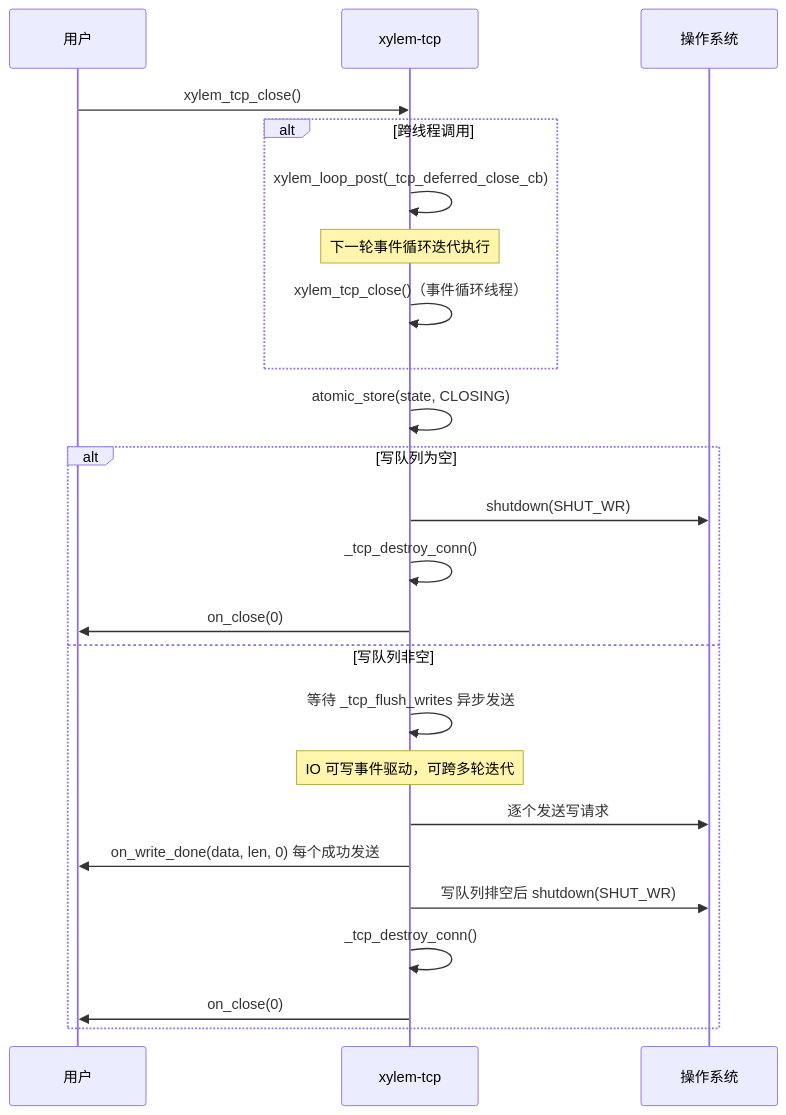
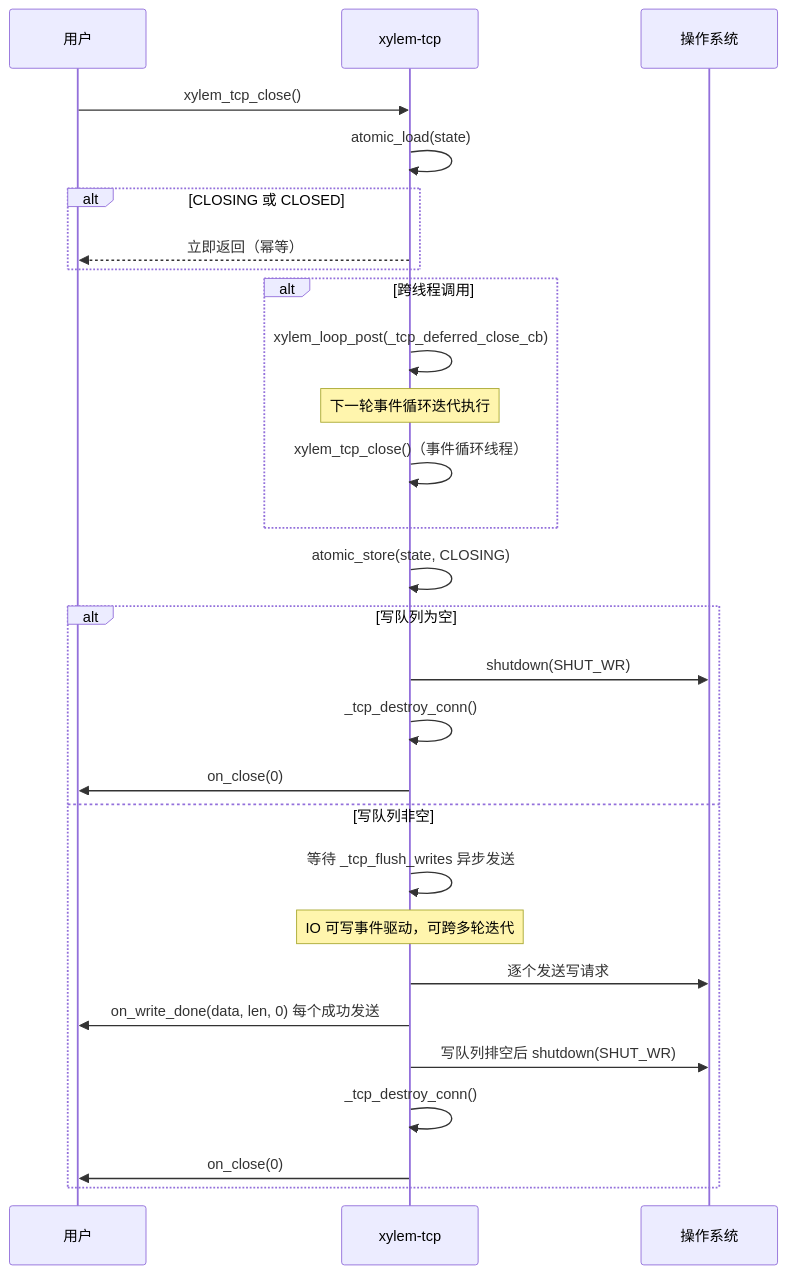
The fourth of 4 diagrams in .kiro/steering/tcp-design.md (MeristemForge/Xylem), drawn with Mermaid before and after one commit. The commit also changed other lines of this file and 23 other files, not shown here.

````diff
--- a/.kiro/steering/tcp-design.md
+++ b/.kiro/steering/tcp-design.md
@@ -348,27 +348,31 @@
 ```mermaid
 sequenceDiagram
     participant User as 用户
     participant TCP as xylem-tcp
     participant OS as 操作系统
 
     User->>TCP: xylem_tcp_close()
+    TCP->>TCP: atomic_load(state)
+    alt CLOSING 或 CLOSED
+        TCP-->>User: 立即返回（幂等）
+    end
     alt 跨线程调用
         TCP->>TCP: xylem_loop_post(_tcp_deferred_close_cb)
         Note over TCP: 下一轮事件循环迭代执行
         TCP->>TCP: xylem_tcp_close()（事件循环线程）
     end
     TCP->>TCP: atomic_store(state, CLOSING)
     alt 写队列为空
         TCP->>OS: shutdown(SHUT_WR)
         TCP->>TCP: _tcp_destroy_conn()
         TCP->>User: on_close(0)
     else 写队列非空
         TCP->>TCP: 等待 _tcp_flush_writes 异步发送
         Note over TCP: IO 可写事件驱动，可跨多轮迭代
         TCP->>OS: 逐个发送写请求
         TCP->>User: on_write_done(data, len, 0) 每个成功发送
         TCP->>OS: 写队列排空后 shutdown(SHUT_WR)
         TCP->>TCP: _tcp_destroy_conn()
         TCP->>User: on_close(0)
     end
 ```
````
